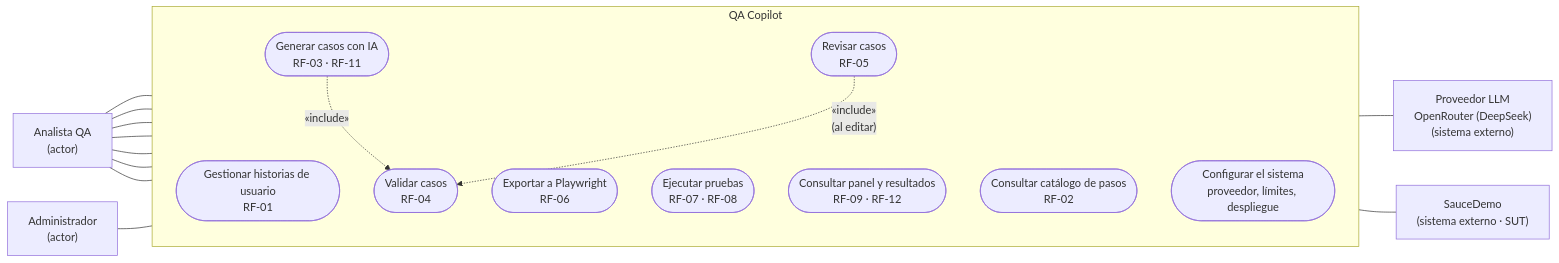
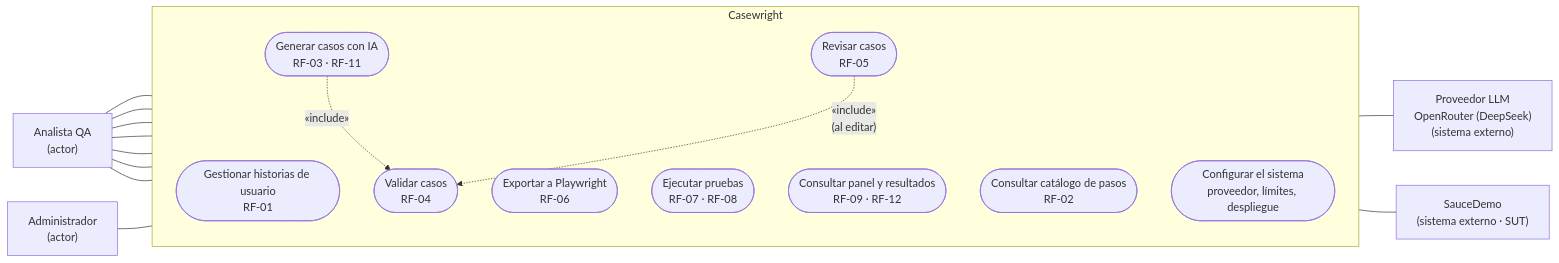
One commit to odremano/QACopilot changed the diagram in docs/uml/casos-de-uso.md. Above: the diagram before and after it, drawn with Mermaid. The commit also changed other lines of this file and 4 other files, not shown here.

````diff
--- a/docs/uml/casos-de-uso.md
+++ b/docs/uml/casos-de-uso.md
@@ -5,35 +5,35 @@
 ```mermaid
 flowchart LR
     analista["Analista QA<br/>(actor)"]
     admin["Administrador<br/>(actor)"]
     llm["Proveedor LLM<br/>OpenRouter (DeepSeek)<br/>(sistema externo)"]
     sut["SauceDemo<br/>(sistema externo · SUT)"]
 
-    subgraph sistema["QA Copilot"]
+    subgraph sistema["Casewright"]
         direction TB
         uc1(["Gestionar historias de usuario<br/>RF-01"])
         uc2(["Generar casos con IA<br/>RF-03 · RF-11"])
         uc3(["Validar casos<br/>RF-04"])
         uc4(["Revisar casos<br/>RF-05"])
         uc5(["Exportar a Playwright<br/>RF-06"])
         uc6(["Ejecutar pruebas<br/>RF-07 · RF-08"])
         uc7(["Consultar panel y resultados<br/>RF-09 · RF-12"])
         uc8(["Consultar catálogo de pasos<br/>RF-02"])
         uc9(["Configurar el sistema<br/>proveedor, límites, despliegue"])
     end
 
     analista --- uc1
     analista --- uc2
     analista --- uc4
     analista --- uc5
     analista --- uc6
     analista --- uc7
     analista --- uc8
     admin --- uc9
 
     uc2 -. "«include»" .-> uc3
     uc4 -. "«include»<br/>(al editar)" .-> uc3
 
     uc2 --- llm
     uc6 --- sut
 ```
````
